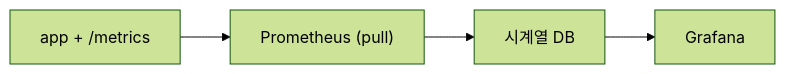
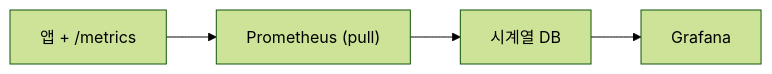
The diagram in content/observability-101/ko/03-metric-collection.md (yeongseon-books/book-content), drawn with Mermaid (forest theme) before and after one commit. The commit also changed other lines of this file and 3 other files, not shown here.

````diff
--- a/content/observability-101/ko/03-metric-collection.md
+++ b/content/observability-101/ko/03-metric-collection.md
@@ -35,6 +55,6 @@
 ```mermaid
 flowchart LR
-    App["app + /metrics"] --> Prom["Prometheus (pull)"]
+    App["앱 + /metrics"] --> Prom["Prometheus (pull)"]
     Prom --> TSDB["시계열 DB"]
     TSDB --> Graf["Grafana"]
 ```
````
